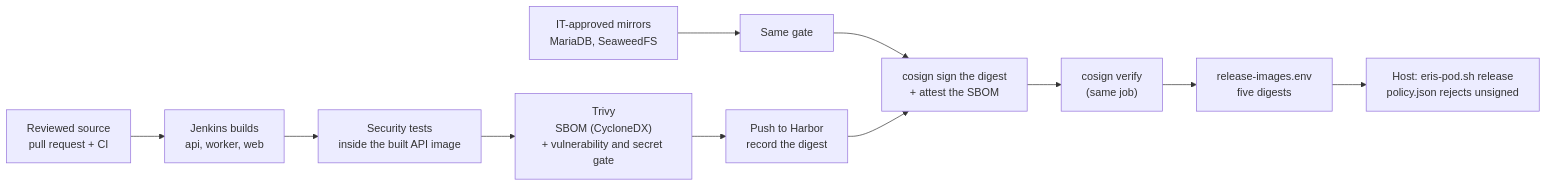
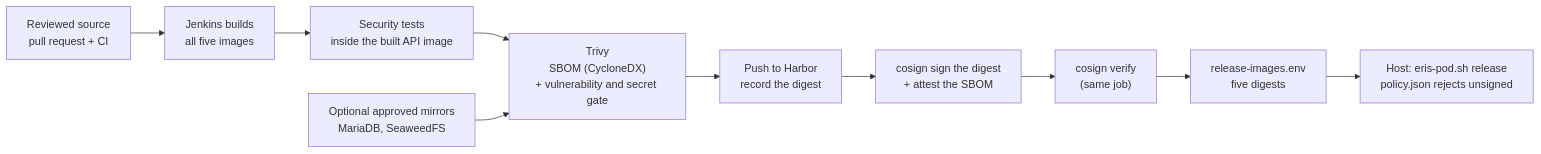
The first of 2 diagrams in docs/security/supply-chain.md (Alexeitor292/ERIS_REACT_native), drawn with Mermaid before and after one commit. The commit also changed other lines of this file and 42 other files, not shown here.

````diff
--- a/docs/security/supply-chain.md
+++ b/docs/security/supply-chain.md
@@ -10,13 +10,12 @@
 ```mermaid
 flowchart LR
-    src["Reviewed source<br/>pull request + CI"] --> build["Jenkins builds<br/>api, worker, web"]
+    src["Reviewed source<br/>pull request + CI"] --> build["Jenkins builds<br/>all five images"]
     build --> tests["Security tests<br/>inside the built API image"]
     tests --> scan["Trivy<br/>SBOM (CycloneDX)<br/>+ vulnerability and secret gate"]
-    mirrors["IT-approved mirrors<br/>MariaDB, SeaweedFS"] --> scan2["Same gate"]
+    mirrors["Optional approved mirrors<br/>MariaDB, SeaweedFS"] --> scan
     scan --> push["Push to Harbor<br/>record the digest"]
-    scan2 --> sign
     push --> sign["cosign sign the digest<br/>+ attest the SBOM"]
     sign --> verify["cosign verify<br/>(same job)"]
     verify --> env["release-images.env<br/>five digests"]
     env --> host["Host: eris-pod.sh release<br/>policy.json rejects unsigned"]
 ```
````
